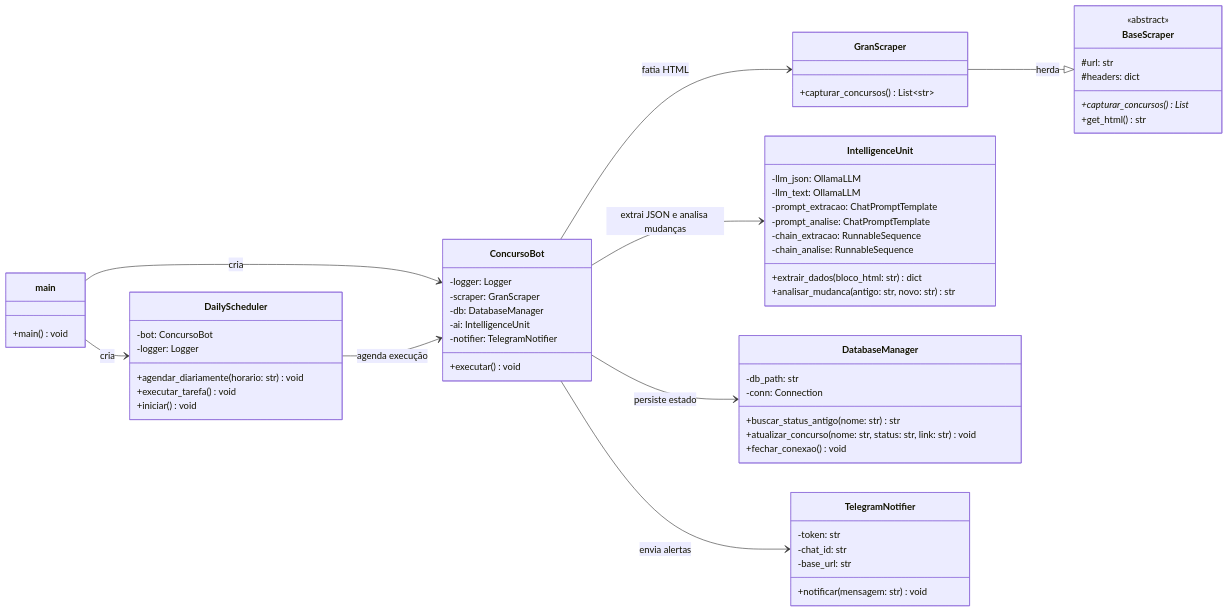
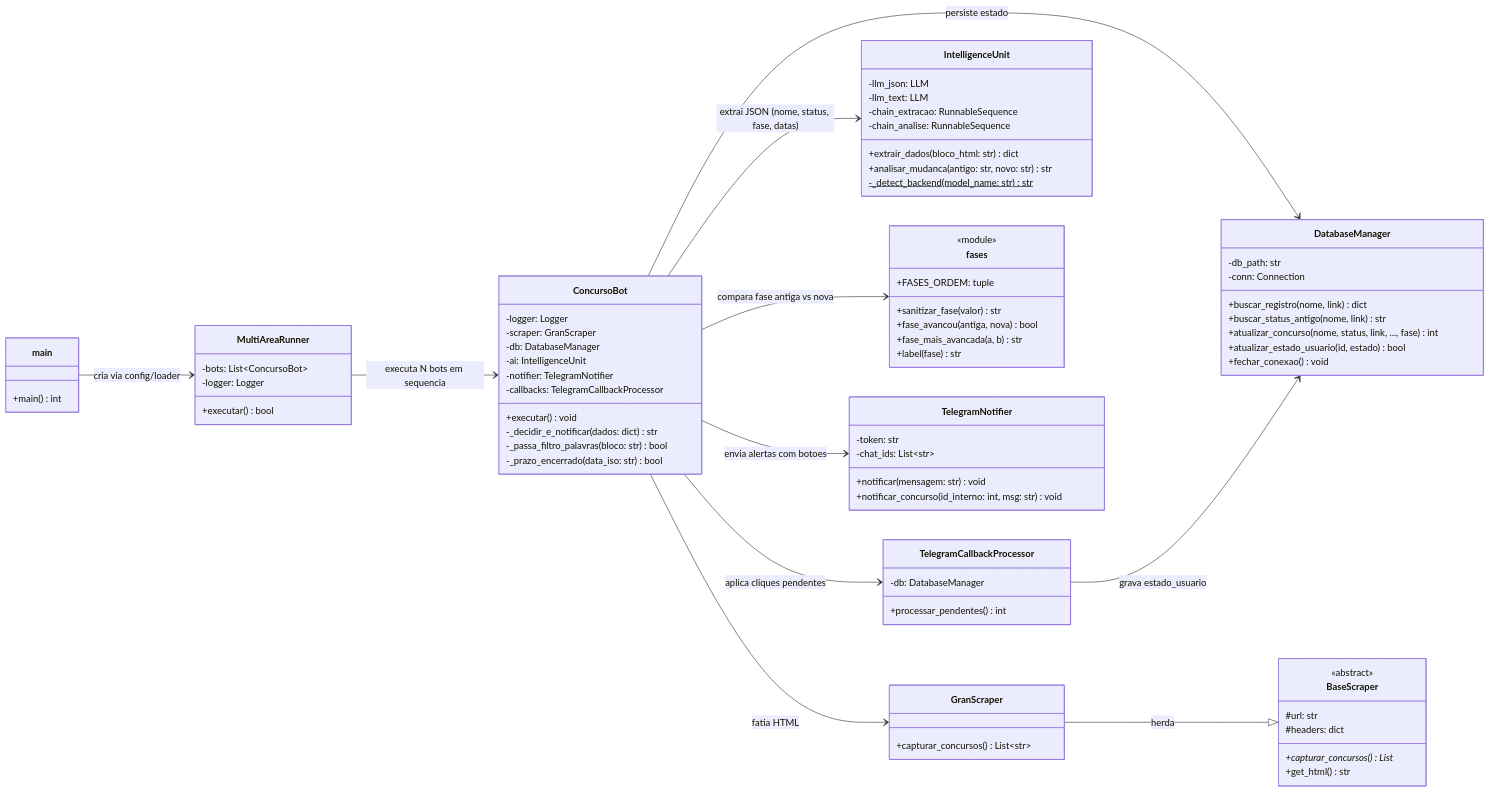
One commit to lucasmsorrentino/monitor_concursos_ti changed the diagram in CLASS_DIAGRAM.md. Above: the diagram before and after it, drawn with Mermaid. The commit also changed other lines of this file and 5 other files, not shown here.

````diff
--- a/CLASS_DIAGRAM.md
+++ b/CLASS_DIAGRAM.md
@@ -3,7 +3,13 @@
     direction LR
 
     class main {
-        +main() void
+        +main() int
+    }
+
+    class MultiAreaRunner {
+        -bots: List~ConcursoBot~
+        -logger: Logger
+        +executar() bool
     }
 
     class ConcursoBot {
@@ -12,7 +18,11 @@
         -db: DatabaseManager
         -ai: IntelligenceUnit
         -notifier: TelegramNotifier
+        -callbacks: TelegramCallbackProcessor
         +executar() void
+        -_decidir_e_notificar(dados: dict) str
+        -_passa_filtro_palavras(bloco: str) bool
+        -_prazo_encerrado(data_iso: str) bool
     }
 
     class BaseScraper {
@@ -28,45 +38,54 @@
     }
 
     class IntelligenceUnit {
-        -llm_json: OllamaLLM
-        -llm_text: OllamaLLM
-        -prompt_extracao: ChatPromptTemplate
-        -prompt_analise: ChatPromptTemplate
+        -llm_json: LLM
+        -llm_text: LLM
         -chain_extracao: RunnableSequence
         -chain_analise: RunnableSequence
         +extrair_dados(bloco_html: str) dict
         +analisar_mudanca(antigo: str, novo: str) str
+        -_detect_backend(model_name: str)$ str
+    }
+
+    class fases {
+        <<module>>
+        +FASES_ORDEM: tuple
+        +sanitizar_fase(valor) str
+        +fase_avancou(antiga, nova) bool
+        +fase_mais_avancada(a, b) str
+        +label(fase) str
     }
 
     class DatabaseManager {
         -db_path: str
         -conn: Connection
-        +buscar_status_antigo(nome: str) str
-        +atualizar_concurso(nome: str, status: str, link: str) void
+        +buscar_registro(nome, link) dict
+        +buscar_status_antigo(nome, link) str
+        +atualizar_concurso(nome, status, link, ..., fase) int
+        +atualizar_estado_usuario(id, estado) bool
         +fechar_conexao() void
     }
 
     class TelegramNotifier {
         -token: str
-        -chat_id: str
-        -base_url: str
+        -chat_ids: List~str~
         +notificar(mensagem: str) void
+        +notificar_concurso(id_interno: int, msg: str) void
     }
 
-    class DailyScheduler {
-        -bot: ConcursoBot
-        -logger: Logger
-        +agendar_diariamente(horario: str) void
-        +executar_tarefa() void
-        +iniciar() void
+    class TelegramCallbackProcessor {
+        -db: DatabaseManager
+        +processar_pendentes() int
     }
 
-    main --> ConcursoBot : cria
-    main --> DailyScheduler : cria
-    DailyScheduler --> ConcursoBot : agenda execução
+    main --> MultiAreaRunner : cria via config/loader
+    MultiAreaRunner --> ConcursoBot : executa N bots em sequencia
+    ConcursoBot --> TelegramCallbackProcessor : aplica cliques pendentes
     ConcursoBot --> GranScraper : fatia HTML
-    ConcursoBot --> IntelligenceUnit : extrai JSON e analisa mudanças
+    ConcursoBot --> IntelligenceUnit : extrai JSON (nome, status, fase, datas)
+    ConcursoBot --> fases : compara fase antiga vs nova
     ConcursoBot --> DatabaseManager : persiste estado
-    ConcursoBot --> TelegramNotifier : envia alertas
+    ConcursoBot --> TelegramNotifier : envia alertas com botoes
+    TelegramCallbackProcessor --> DatabaseManager : grava estado_usuario
     GranScraper --|> BaseScraper : herda
 ```
````
